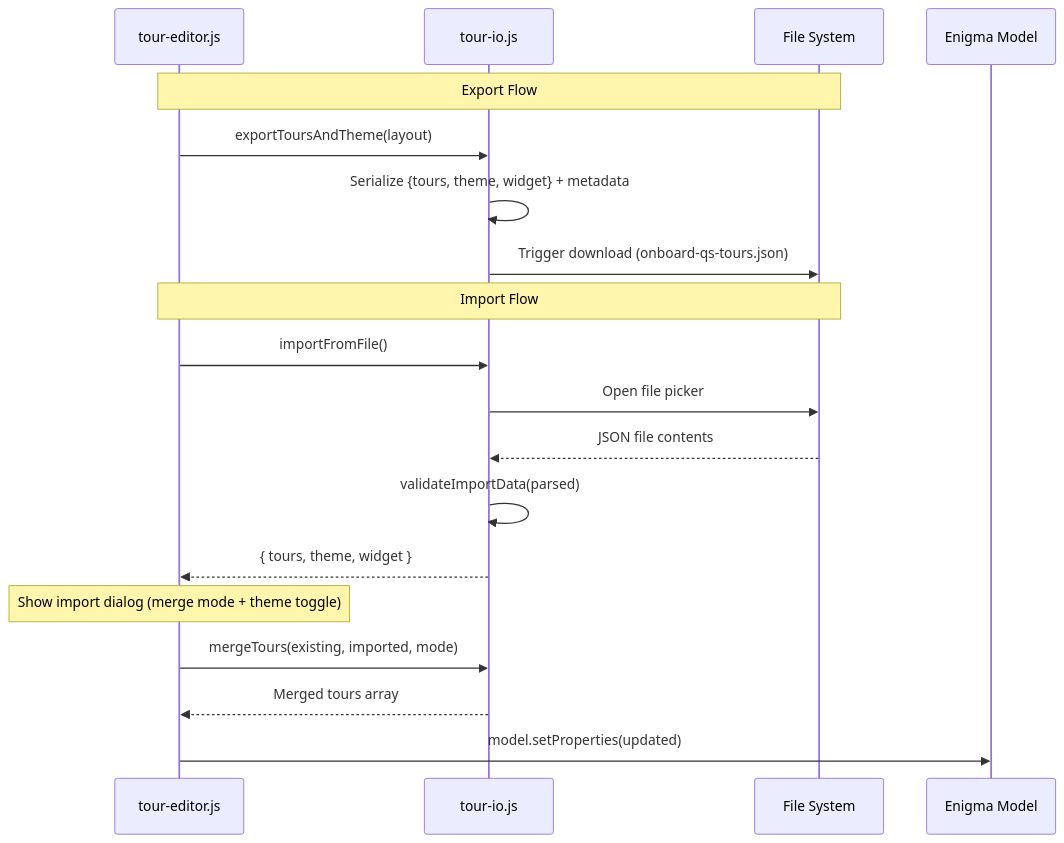
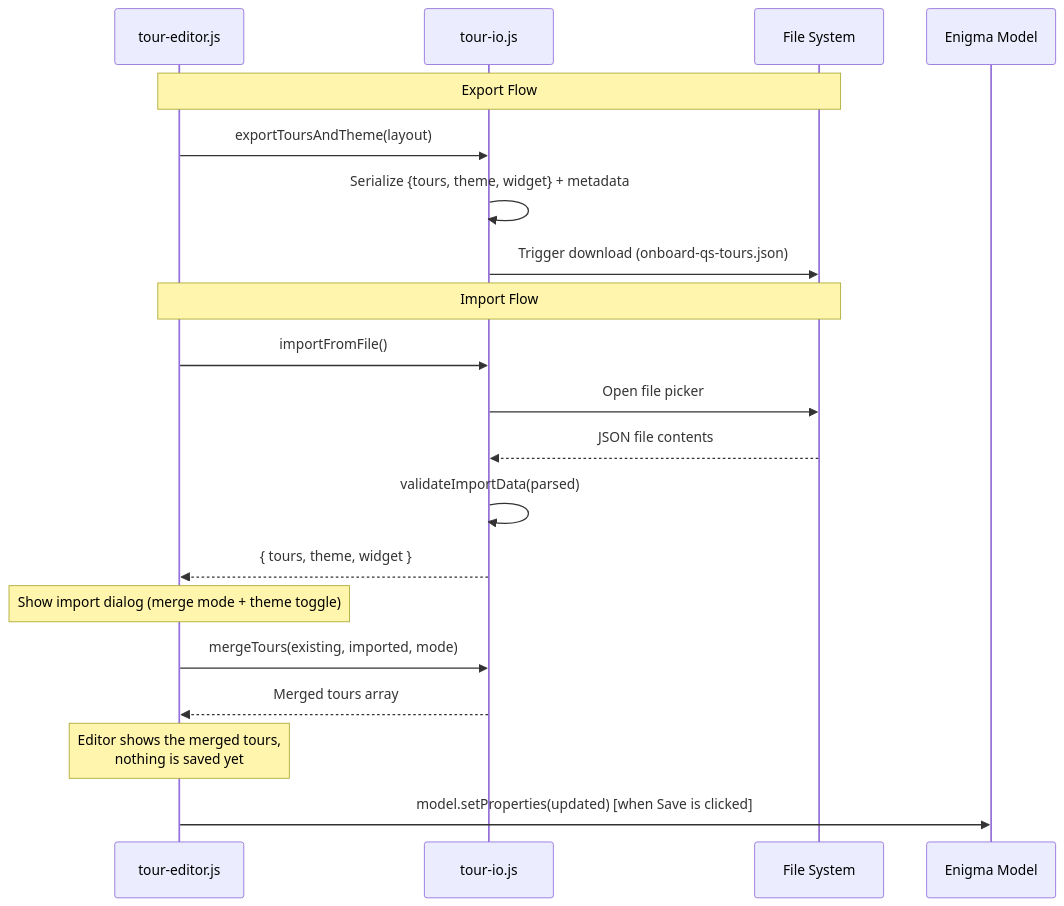
Before and after one commit to ptarmiganlabs/onboard.qs: the third of 5 diagrams in docs/ARCHITECTURE.md, drawn with Mermaid. The commit also changed other lines of this file, not shown here.

First line of the commit message:
docs(architecture): match the lifecycle, data flows and file tree to src/

````diff
--- a/docs/ARCHITECTURE.md
+++ b/docs/ARCHITECTURE.md
@@ -142,23 +142,24 @@
 ```mermaid
 sequenceDiagram
     participant TE as tour-editor.js
     participant IO as tour-io.js
     participant FS as File System
     participant MD as Enigma Model
 
     Note over TE,FS: Export Flow
     TE->>IO: exportToursAndTheme(layout)
     IO->>IO: Serialize {tours, theme, widget} + metadata
     IO->>FS: Trigger download (onboard-qs-tours.json)
 
     Note over TE,FS: Import Flow
     TE->>IO: importFromFile()
     IO->>FS: Open file picker
     FS-->>IO: JSON file contents
     IO->>IO: validateImportData(parsed)
     IO-->>TE: { tours, theme, widget }
     Note over TE: Show import dialog (merge mode + theme toggle)
     TE->>IO: mergeTours(existing, imported, mode)
     IO-->>TE: Merged tours array
-    TE->>MD: model.setProperties(updated)
+    Note over TE: Editor shows the merged tours,<br/>nothing is saved yet
+    TE->>MD: model.setProperties(updated) [when Save is clicked]
 ```
````
